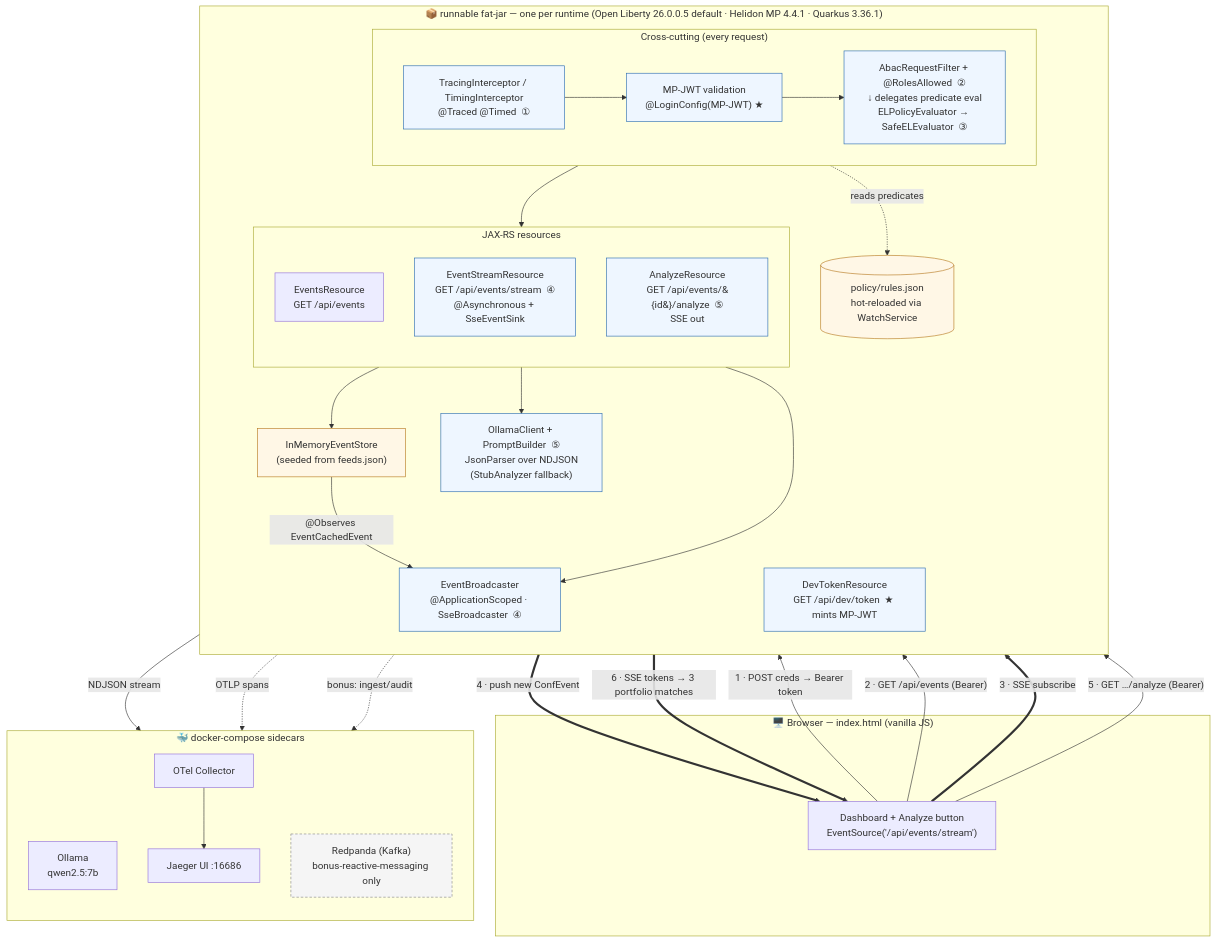
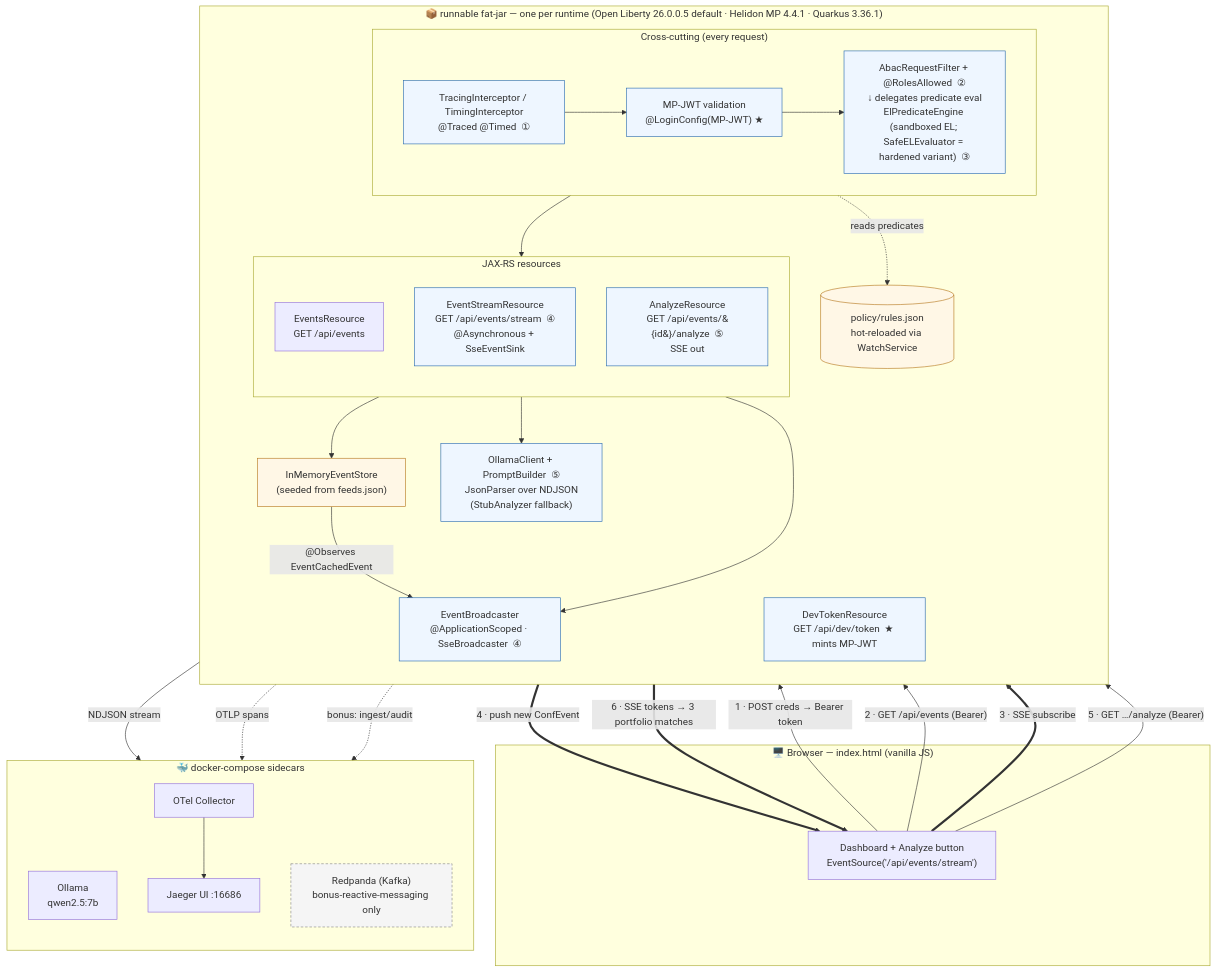
Before and after one commit to mehmandarov/jakarta-hidden-gems: the first of 3 diagrams in docs/ARCHITECTURE.md, drawn with Mermaid. The commit also changed 6 other files, not shown here.

Commit message:
Add an example of a SafeELEvaluator + tests.

````diff
--- a/docs/ARCHITECTURE.md
+++ b/docs/ARCHITECTURE.md
@@ -21,73 +21,73 @@
 ```mermaid
 flowchart TB
     subgraph browser["🖥️  Browser — index.html (vanilla JS)"]
         UI["Dashboard + Analyze button<br/>EventSource('/api/events/stream')"]
     end
 
     subgraph jar["📦  runnable fat-jar — one per runtime (Open Liberty 26.0.0.5 default · Helidon MP 4.4.1 · Quarkus 3.36.1)"]
         direction TB
 
         TOKEN["DevTokenResource<br/>GET /api/dev/token  ★ mints MP-JWT"]
 
         subgraph crosscut["Cross-cutting (every request)"]
             direction LR
             TRACE["TracingInterceptor / TimingInterceptor<br/>@Traced @Timed  ①"]
             AUTHN["MP-JWT validation<br/>@LoginConfig(MP-JWT)  ★"]
-            ABAC["AbacRequestFilter + @RolesAllowed  ②<br/>↓ delegates predicate eval<br/>ELPolicyEvaluator → SafeELEvaluator  ③"]
+            ABAC["AbacRequestFilter + @RolesAllowed  ②<br/>↓ delegates predicate eval<br/>ElPredicateEngine (sandboxed EL; SafeELEvaluator = hardened variant)  ③"]
         end
 
         subgraph resources["JAX-RS resources"]
             direction TB
             EVENTS["EventsResource<br/>GET /api/events"]
             STREAM["EventStreamResource<br/>GET /api/events/stream  ④<br/>@Asynchronous + SseEventSink"]
             ANALYZE["AnalyzeResource<br/>GET /api/events/&#123;id&#125;/analyze  ⑤<br/>SSE out"]
         end
 
         BROAD["EventBroadcaster<br/>@ApplicationScoped · SseBroadcaster  ④"]
         STORE["InMemoryEventStore<br/>(seeded from feeds.json)"]
         OLLAMACLIENT["OllamaClient + PromptBuilder  ⑤<br/>JsonParser over NDJSON<br/>(StubAnalyzer fallback)"]
         POLICY[("policy/rules.json<br/>hot-reloaded via WatchService")]
     end
 
     subgraph sidecars["🐳  docker-compose sidecars"]
         direction TB
         OLLAMA["Ollama<br/>qwen2.5:7b"]
         OTELC["OTel Collector"]
         JAEGER["Jaeger UI :16686"]
         REDPANDA["Redpanda (Kafka)<br/>bonus-reactive-messaging only"]
     end
 
     %% auth handshake
     UI -- "1 · POST creds → Bearer token" --> TOKEN
 
     %% main read path
     UI -- "2 · GET /api/events (Bearer)" --> TRACE
     TRACE --> AUTHN --> ABAC
     ABAC -. "reads predicates" .-> POLICY
     ABAC --> EVENTS --> STORE
 
     %% live SSE path
     UI == "3 · SSE subscribe" ==> STREAM
     STREAM --> BROAD
     STORE -- "@Observes EventCachedEvent" --> BROAD
     BROAD == "4 · push new ConfEvent" ==> UI
 
     %% analyze path
     UI -- "5 · GET …/analyze (Bearer)" --> ANALYZE
     ANALYZE --> OLLAMACLIENT
     OLLAMACLIENT -- "NDJSON stream" --> OLLAMA
     ANALYZE == "6 · SSE tokens → 3 portfolio matches" ==> UI
 
     %% observability
     TRACE -. "OTLP spans" .-> OTELC --> JAEGER
 
     %% bonus messaging (dashed = not in capstone jar)
     EVENTS -. "bonus: ingest/audit" .-> REDPANDA
 
     classDef gem fill:#eef6ff,stroke:#2b6cb0,stroke-width:1px;
     classDef store fill:#fff7e6,stroke:#b7791f,stroke-width:1px;
     classDef bonus stroke-dasharray: 4 3,fill:#f5f5f5,stroke:#888;
     class TRACE,ABAC,STREAM,ANALYZE,BROAD,OLLAMACLIENT,AUTHN,TOKEN gem;
     class STORE,POLICY store;
     class REDPANDA bonus;
 ```
````
